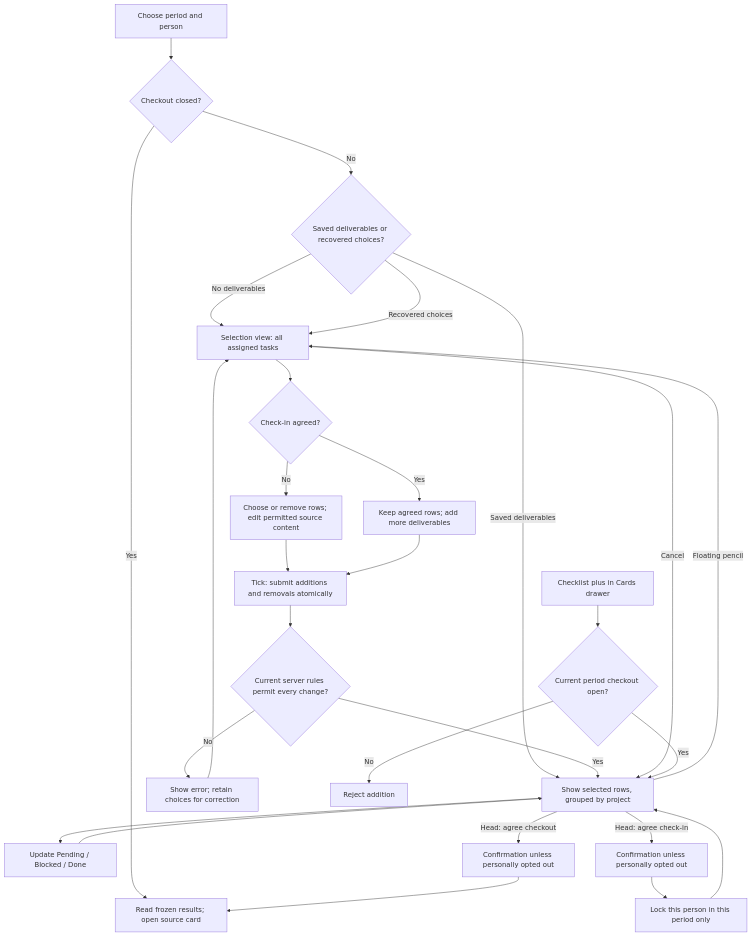
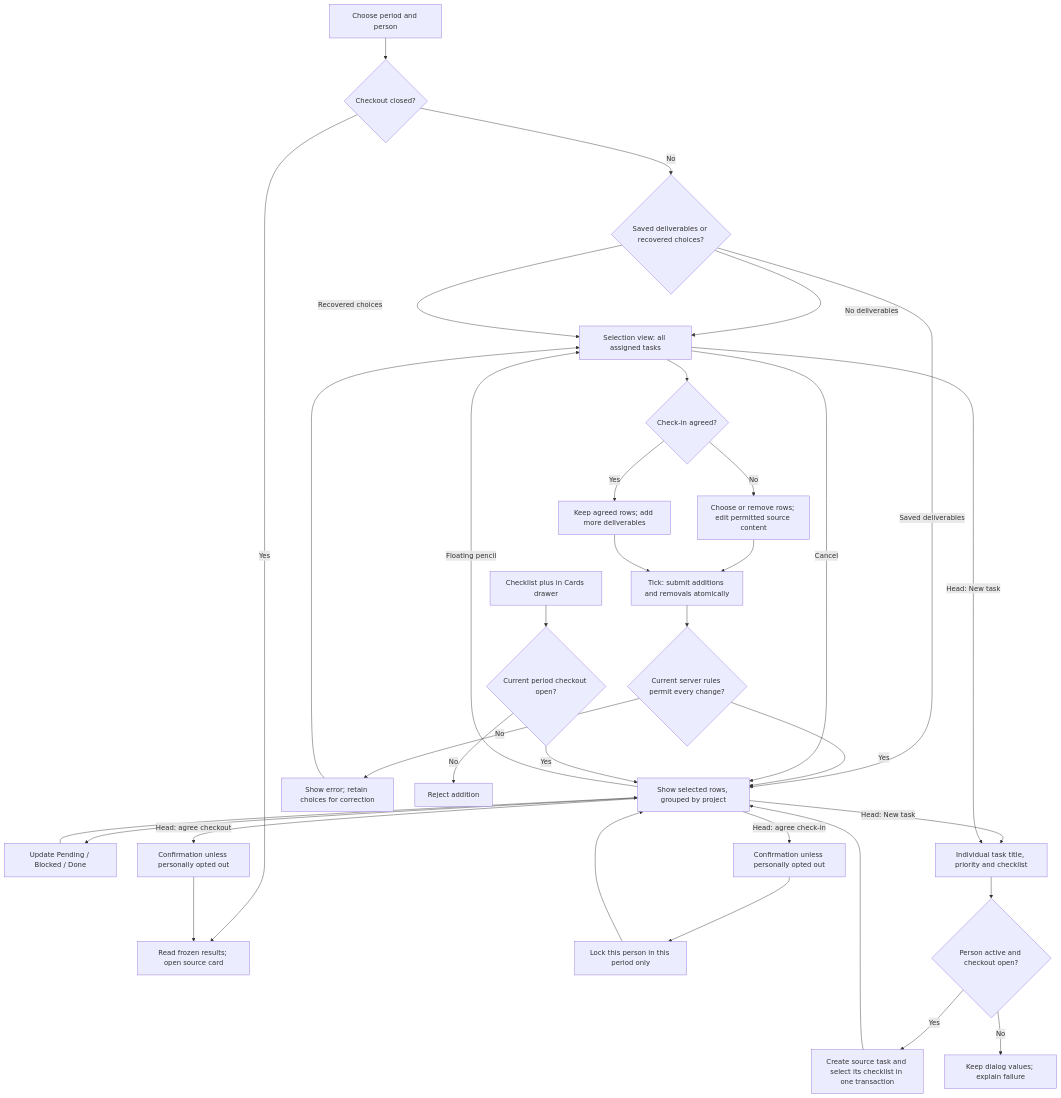
The diagram in docs/ops/PORTAL-WORKSPACE-2026-11.md (HidoyatRuzmetov/devon), drawn with Mermaid before and after one commit. The commit also changed other lines of this file and 153 other files, not shown here.

````diff
--- a/docs/ops/PORTAL-WORKSPACE-2026-11.md
+++ b/docs/ops/PORTAL-WORKSPACE-2026-11.md
@@ -5,30 +5,36 @@
 ```mermaid
 flowchart TD
     A[Choose period and person] --> B{Checkout closed?}
     B -->|Yes| C[Read frozen results; open source card]
     B -->|No| D{Saved deliverables or recovered choices?}
     D -->|No deliverables| E[Selection view: all assigned tasks]
     D -->|Saved deliverables| F[Show selected rows, grouped by project]
     D -->|Recovered choices| E
     F -->|Floating pencil| E
     E --> G{Check-in agreed?}
     G -->|No| H[Choose or remove rows; edit permitted source content]
     G -->|Yes| I[Keep agreed rows; add more deliverables]
     H --> J[Tick: submit additions and removals atomically]
     I --> J
     J --> K{Current server rules permit every change?}
     K -->|Yes| F
     K -->|No| L[Show error; retain choices for correction]
     L --> E
     E -->|Cancel| F
     F --> M[Update Pending / Blocked / Done]
     M --> F
     F -->|Head: agree check-in| N[Confirmation unless personally opted out]
     N --> O[Lock this person in this period only]
     O --> F
     F -->|Head: agree checkout| P[Confirmation unless personally opted out]
     P --> C
     Q[Checklist plus in Cards drawer] --> R{Current period checkout open?}
     R -->|Yes| F
     R -->|No| S[Reject addition]
+    F -->|Head: New task| T[Individual task title, priority and checklist]
+    E -->|Head: New task| T
+    T --> U{Person active and checkout open?}
+    U -->|Yes| V[Create source task and select its checklist in one transaction]
+    V --> F
+    U -->|No| W[Keep dialog values; explain failure]
 ```
````
